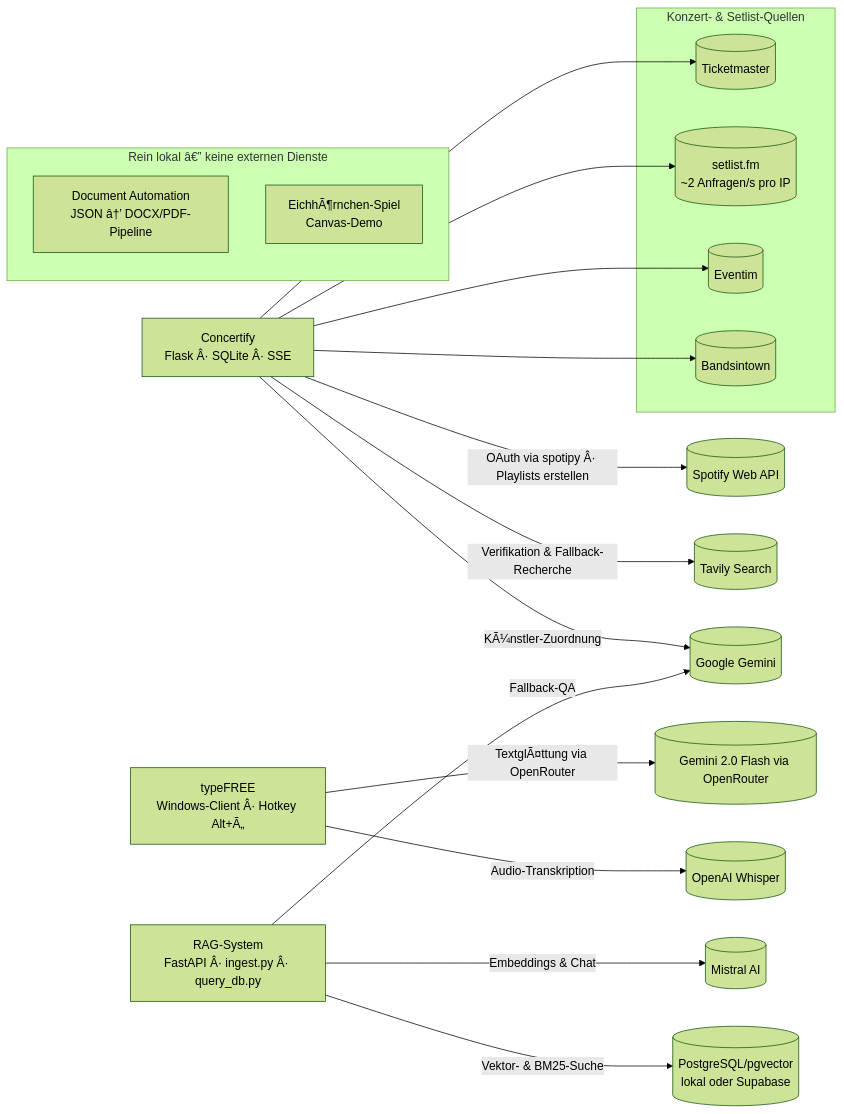
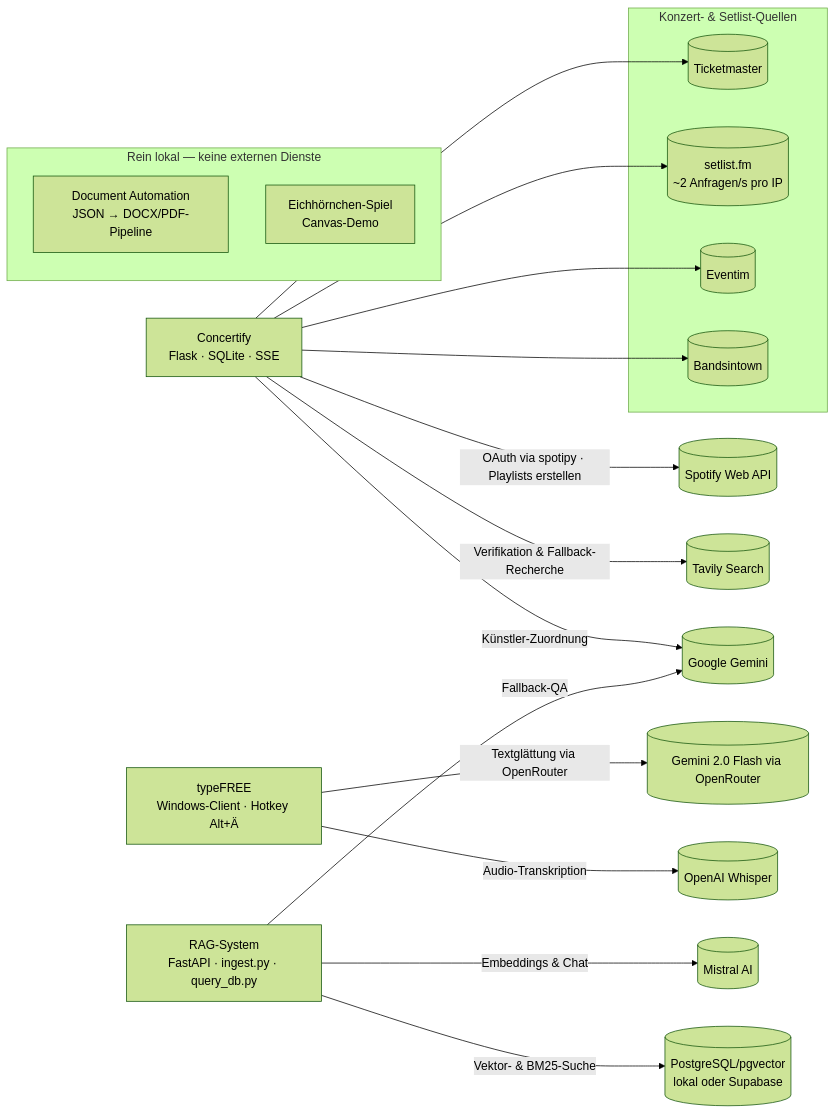
The diagram in 02_Softwareentwicklung_IT/README.md (HeartledAgentEngineer/it-ot-agentic-engineering), drawn with Mermaid (forest theme) before and after one commit. The commit also changed other lines of this file and 2 other files, not shown here.

````diff
--- a/02_Softwareentwicklung_IT/README.md
+++ b/02_Softwareentwicklung_IT/README.md
@@ -25,41 +25,41 @@
 ```mermaid
 flowchart LR
-    subgraph Lokal [Rein lokal â€” keine externen Dienste]
-        DocAuto[Document Automation<br/>JSON â†’ DOCX/PDF-Pipeline]
-        Spiel[EichhÃ¶rnchen-Spiel<br/>Canvas-Demo]
+    subgraph Lokal [Rein lokal — keine externen Dienste]
+        DocAuto[Document Automation<br/>JSON → DOCX/PDF-Pipeline]
+        Spiel[Eichhörnchen-Spiel<br/>Canvas-Demo]
     end
 
-    Concertify[Concertify<br/>Flask Â· SQLite Â· SSE]
-    TypeFree[typeFREE<br/>Windows-Client Â· Hotkey Alt+Ã„]
-    RAG[RAG-System<br/>FastAPI Â· ingest.py Â· query_db.py]
+    Concertify[Concertify<br/>Flask · SQLite · SSE]
+    TypeFree[typeFREE<br/>Windows-Client · Hotkey Alt+Ä]
+    RAG[RAG-System<br/>FastAPI · ingest.py · query_db.py]
 
     subgraph Konzertdaten [Konzert- & Setlist-Quellen]
         TM[(Ticketmaster)]
         SFM[(setlist.fm<br/>~2 Anfragen/s pro IP)]
         Eventim[(Eventim)]
         BIT[(Bandsintown)]
     end
 
     Spotify[(Spotify Web API)]
     Tavily[(Tavily Search)]
     Gemini[(Google Gemini)]
     G2F[(Gemini 2.0 Flash via OpenRouter)]
     Whisper[(OpenAI Whisper)]
     Mistral[(Mistral AI)]
     PG[(PostgreSQL/pgvector<br/>lokal oder Supabase)]
 
-    Concertify -->|OAuth via spotipy Â· Playlists erstellen| Spotify
+    Concertify -->|OAuth via spotipy · Playlists erstellen| Spotify
     Concertify --> TM
     Concertify --> SFM
     Concertify --> Eventim
     Concertify --> BIT
     Concertify -->|Verifikation & Fallback-Recherche| Tavily
-    Concertify -->|KÃ¼nstler-Zuordnung| Gemini
+    Concertify -->|Künstler-Zuordnung| Gemini
 
     TypeFree -->|Audio-Transkription| Whisper
-    TypeFree -->|TextglÃ¤ttung via OpenRouter| G2F
+    TypeFree -->|Textglättung via OpenRouter| G2F
 
     RAG -->|Embeddings & Chat| Mistral
     RAG -->|Fallback-QA| Gemini
     RAG -->|Vektor- & BM25-Suche| PG
 ```
````
